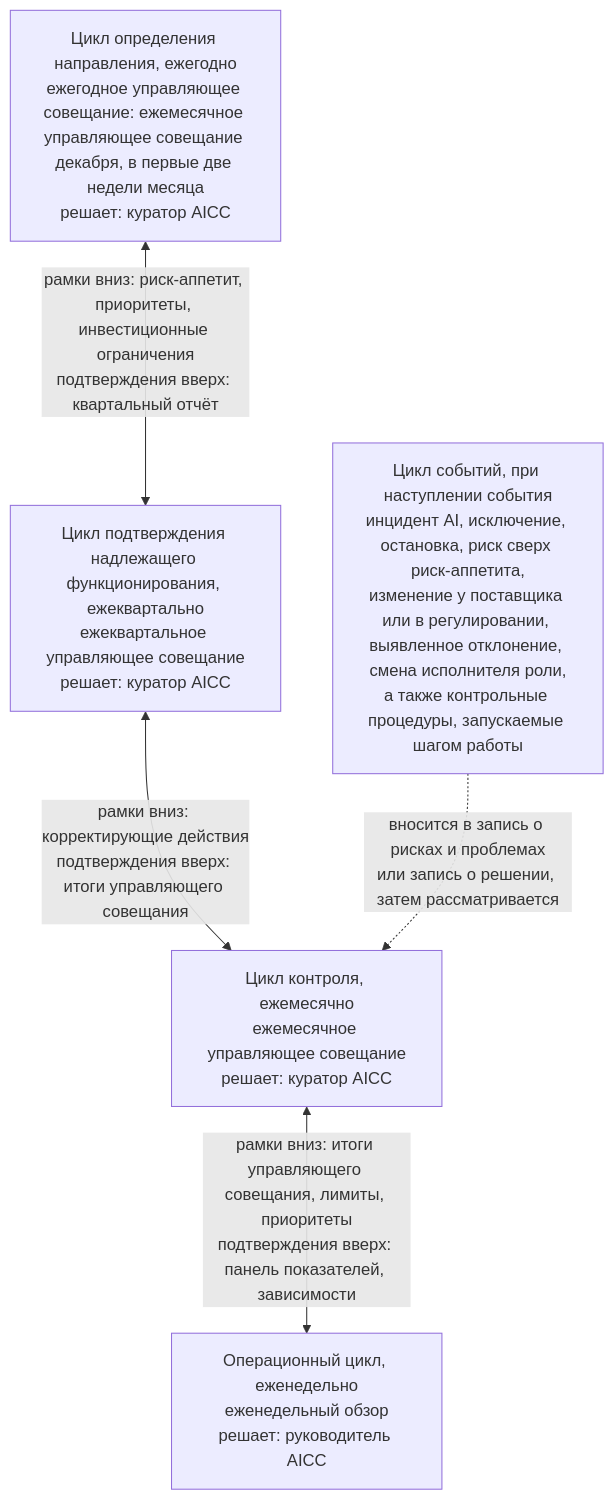
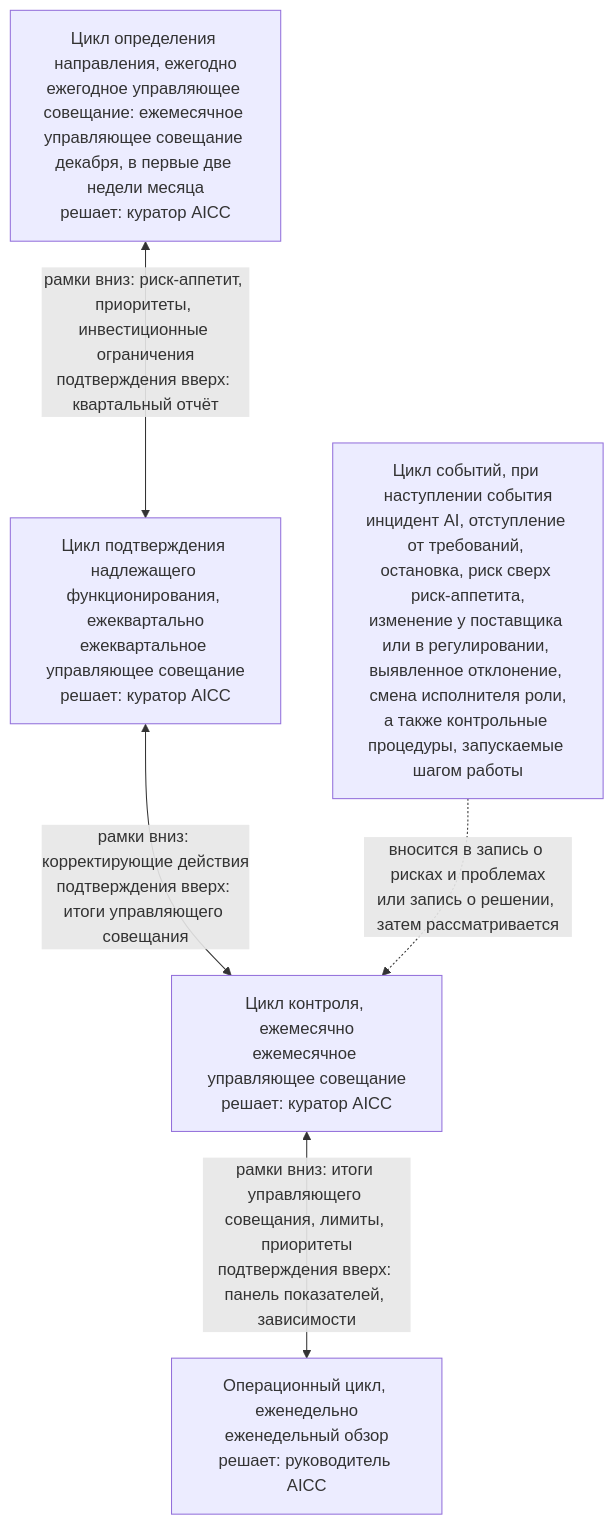
Before and after one commit to devhogu/ob-aicc: the first of 6 diagrams in charter/ru/workflows/unit-governance.md, drawn with Mermaid. The commit also changed other lines of this file and 112 other files, not shown here.

First line of the commit message:
Russian edition: Exception is «отступление от требований»; fairness, incident and benefit wording on Responsible AI

````diff
--- a/charter/ru/workflows/unit-governance.md
+++ b/charter/ru/workflows/unit-governance.md
@@ -21,12 +21,12 @@
 ```mermaid
 flowchart TB
   DI["Цикл определения направления, ежегодно<br/>ежегодное управляющее совещание: ежемесячное управляющее совещание декабря, в первые две недели месяца<br/>решает: куратор AICC"]
   AS["Цикл подтверждения надлежащего функционирования, ежеквартально<br/>ежеквартальное управляющее совещание<br/>решает: куратор AICC"]
   CO["Цикл контроля, ежемесячно<br/>ежемесячное управляющее совещание<br/>решает: куратор AICC"]
   OP["Операционный цикл, еженедельно<br/>еженедельный обзор<br/>решает: руководитель AICC"]
   DI <-->|"рамки вниз: риск-аппетит, приоритеты, инвестиционные ограничения<br/>подтверждения вверх: квартальный отчёт"| AS
   AS <-->|"рамки вниз: корректирующие действия<br/>подтверждения вверх: итоги управляющего совещания"| CO
   CO <-->|"рамки вниз: итоги управляющего совещания, лимиты, приоритеты<br/>подтверждения вверх: панель показателей, зависимости"| OP
-  EV["Цикл событий, при наступлении события<br/>инцидент AI, исключение, остановка, риск сверх риск-аппетита,<br/>изменение у поставщика или в регулировании, выявленное отклонение, смена исполнителя роли,<br/>а также контрольные процедуры, запускаемые шагом работы"]
+  EV["Цикл событий, при наступлении события<br/>инцидент AI, отступление от требований, остановка, риск сверх риск-аппетита,<br/>изменение у поставщика или в регулировании, выявленное отклонение, смена исполнителя роли,<br/>а также контрольные процедуры, запускаемые шагом работы"]
   EV -.->|"вносится в запись о рисках и проблемах<br/>или запись о решении, затем рассматривается"| CO
 ```
````
